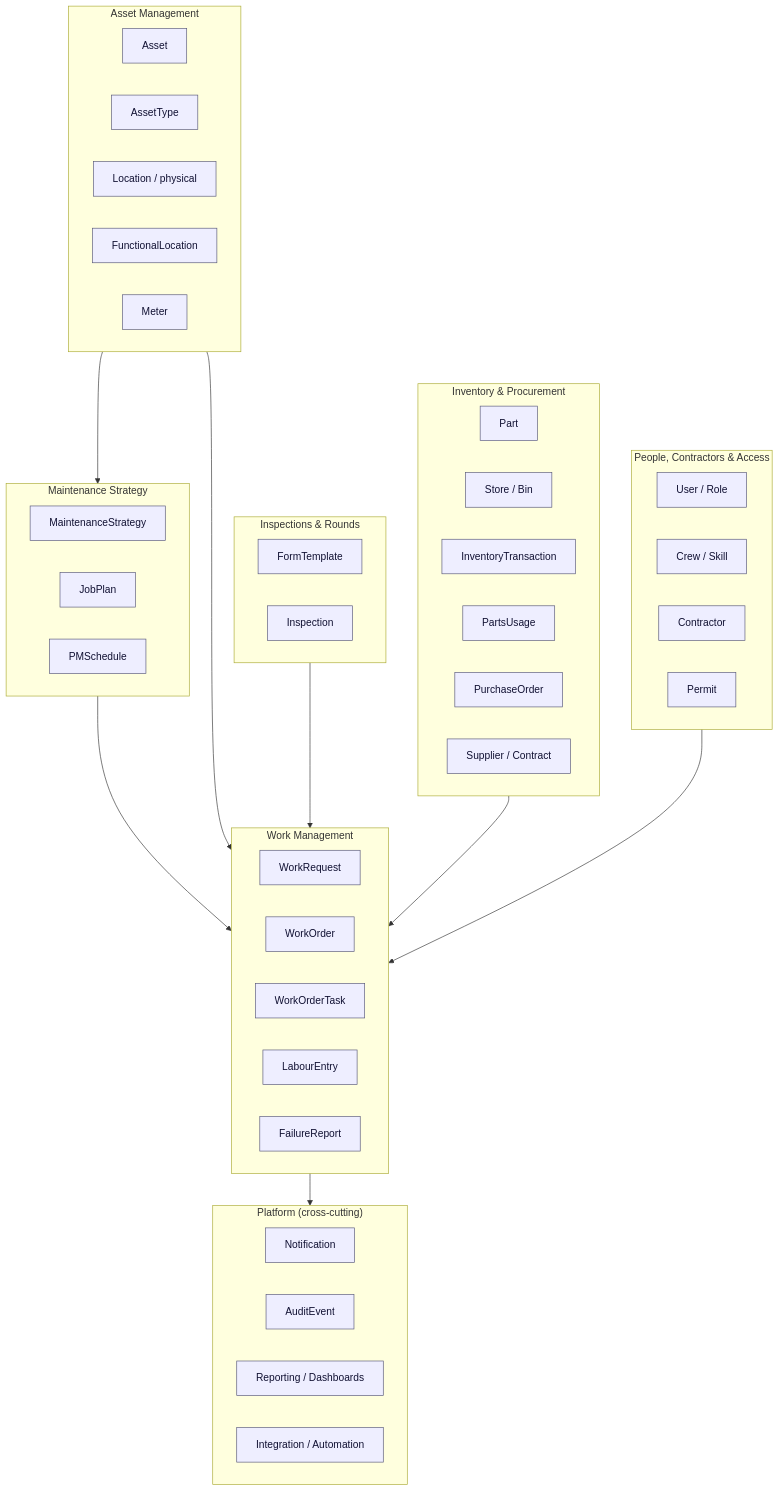
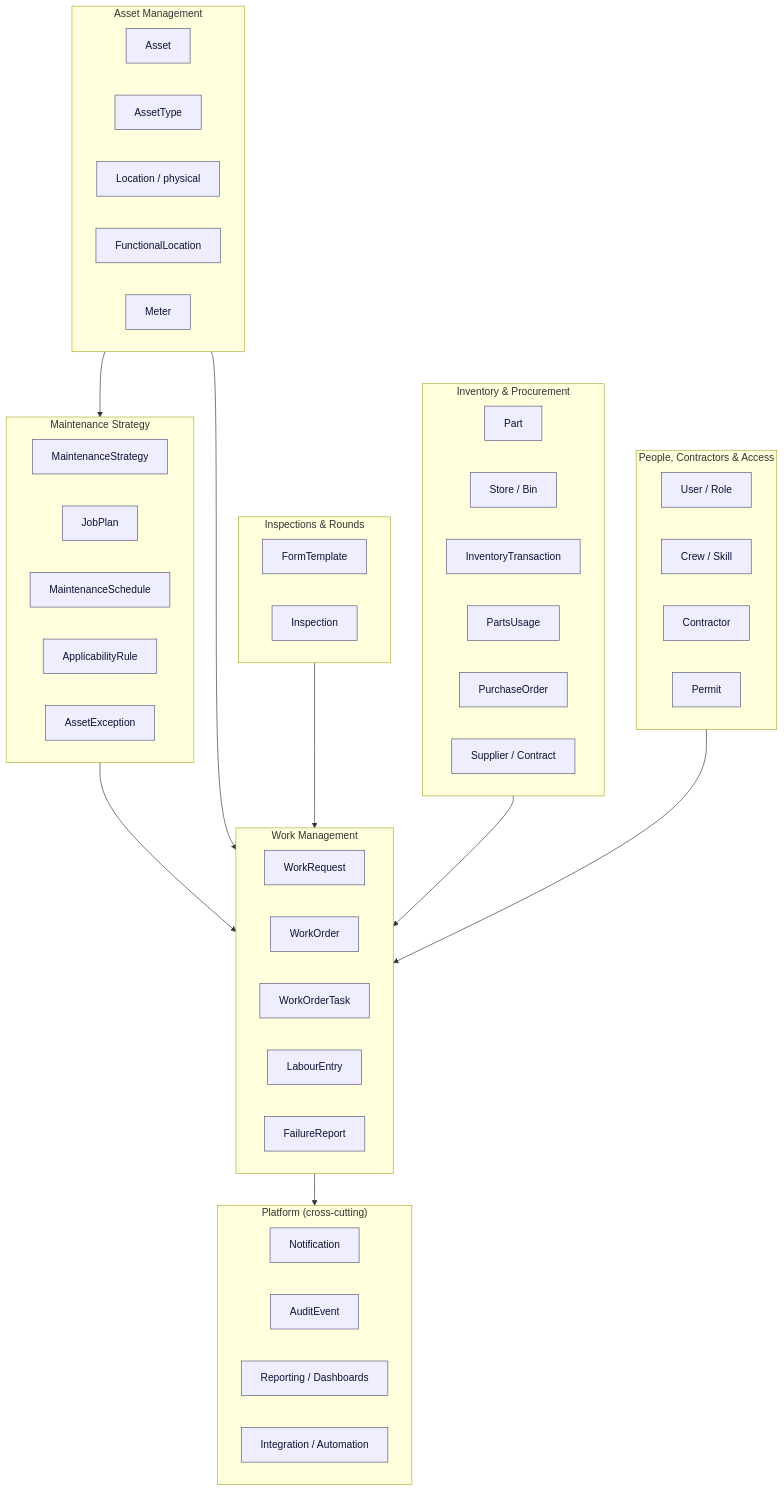
One commit to paul-rickard/Plantree changed the second of 2 diagrams in docs/architecture/02-domain-model.md. Above: the diagram before and after it, drawn with Mermaid. The commit also changed other lines of this file and 8 other files, not shown here.

````diff
--- a/docs/architecture/02-domain-model.md
+++ b/docs/architecture/02-domain-model.md
@@ -147,56 +163,58 @@
 ```mermaid
 flowchart TB
     subgraph Assets["Asset Management"]
         A1[Asset]:::e
         A2[AssetType]:::e
         A3[Location / physical]:::e
         A4[FunctionalLocation]:::e
         A5[Meter]:::e
     end
     subgraph Maint["Maintenance Strategy"]
         M1[MaintenanceStrategy]:::e
         M2[JobPlan]:::e
-        M3[PMSchedule]:::e
+        M3[MaintenanceSchedule]:::e
+        M4[ApplicabilityRule]:::e
+        M5[AssetException]:::e
     end
     subgraph Work["Work Management"]
         W1[WorkRequest]:::e
         W2[WorkOrder]:::e
         W3[WorkOrderTask]:::e
         W4[LabourEntry]:::e
         W5[FailureReport]:::e
     end
     subgraph Insp["Inspections & Rounds"]
         I1[FormTemplate]:::e
         I2[Inspection]:::e
     end
     subgraph Inv["Inventory & Procurement"]
         V1[Part]:::e
         V2[Store / Bin]:::e
         V3[InventoryTransaction]:::e
         V4[PartsUsage]:::e
         V5[PurchaseOrder]:::e
         V6[Supplier / Contract]:::e
     end
     subgraph People["People, Contractors & Access"]
         P1[User / Role]:::e
         P2[Crew / Skill]:::e
         P3[Contractor]:::e
         P4[Permit]:::e
     end
     subgraph Platform["Platform (cross-cutting)"]
         X1[Notification]:::e
         X2[AuditEvent]:::e
         X3[Reporting / Dashboards]:::e
         X4[Integration / Automation]:::e
     end
 
     Maint --> Work
     Assets --> Maint
     Assets --> Work
     Insp --> Work
     Inv --> Work
     People --> Work
     Work --> Platform
 
     classDef e fill:#eef,stroke:#557,color:#113;
 ```
````
